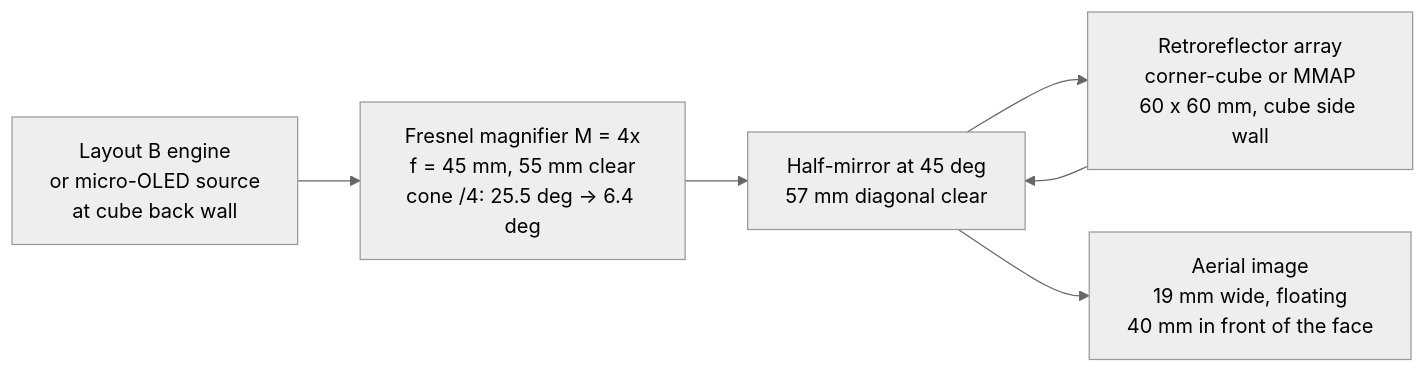
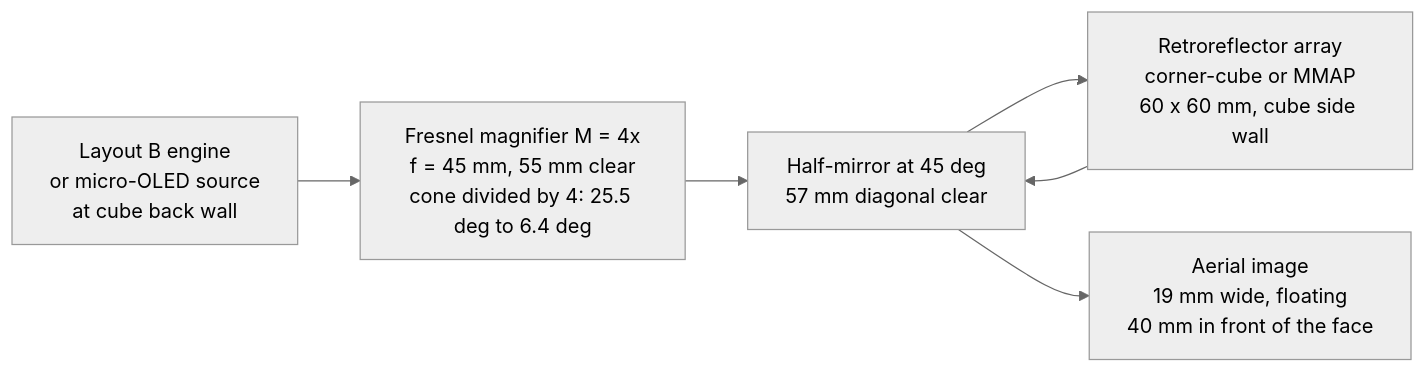
One commit to tamim1089/tayf changed the fourth of 7 diagrams in docs/02_FREE_SPACE_OPTICAL_ENGINEERING.md. Above: the diagram before and after it, drawn with Mermaid (neutral theme). The commit also changed other lines of this file and 2 other files, not shown here.

````diff
--- a/docs/02_FREE_SPACE_OPTICAL_ENGINEERING.md
+++ b/docs/02_FREE_SPACE_OPTICAL_ENGINEERING.md
@@ -669,8 +669,8 @@
 ```mermaid
 flowchart LR
-    ENG["Layout B engine<br/>or micro-OLED source<br/>at cube back wall"] --> FRES["Fresnel magnifier M = 4x<br/>f = 45 mm, 55 mm clear<br/>cone /4: 25.5 deg -> 6.4 deg"]
+    ENG["Layout B engine<br/>or micro-OLED source<br/>at cube back wall"] --> FRES["Fresnel magnifier M = 4x<br/>f = 45 mm, 55 mm clear<br/>cone divided by 4: 25.5 deg to 6.4 deg"]
     FRES --> HM["Half-mirror at 45 deg<br/>57 mm diagonal clear"]
     HM --> RR["Retroreflector array<br/>corner-cube or MMAP<br/>60 x 60 mm, cube side wall"]
     RR --> HM
     HM --> OUT["Aerial image<br/>19 mm wide, floating<br/>40 mm in front of the face"]
 ```
````
